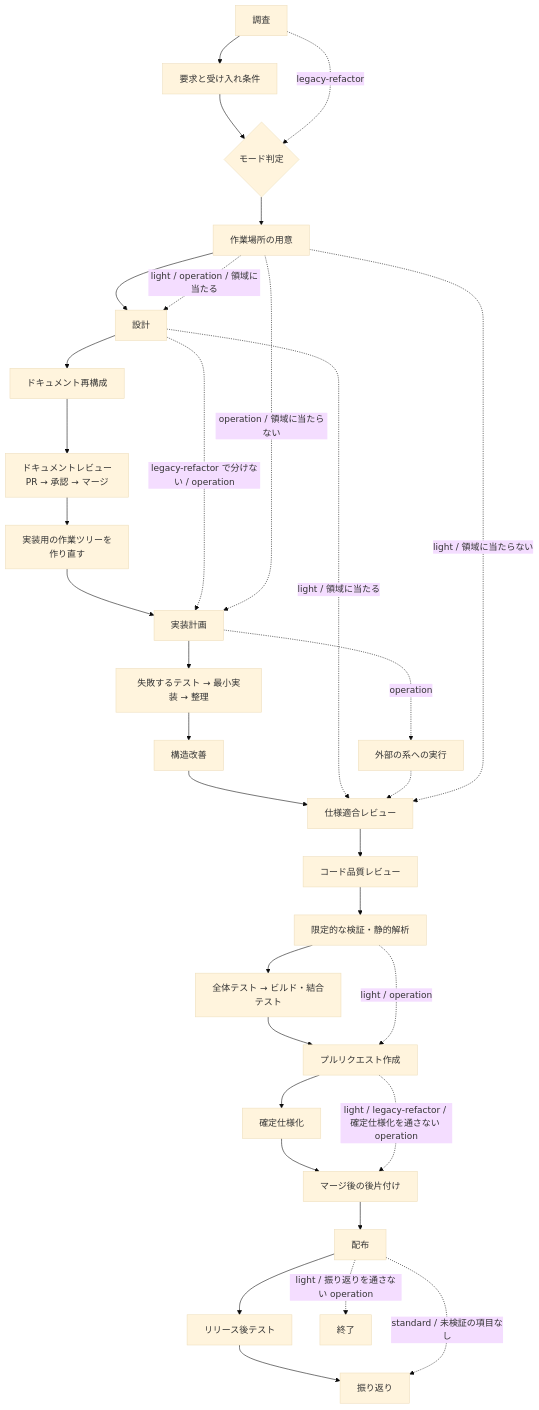
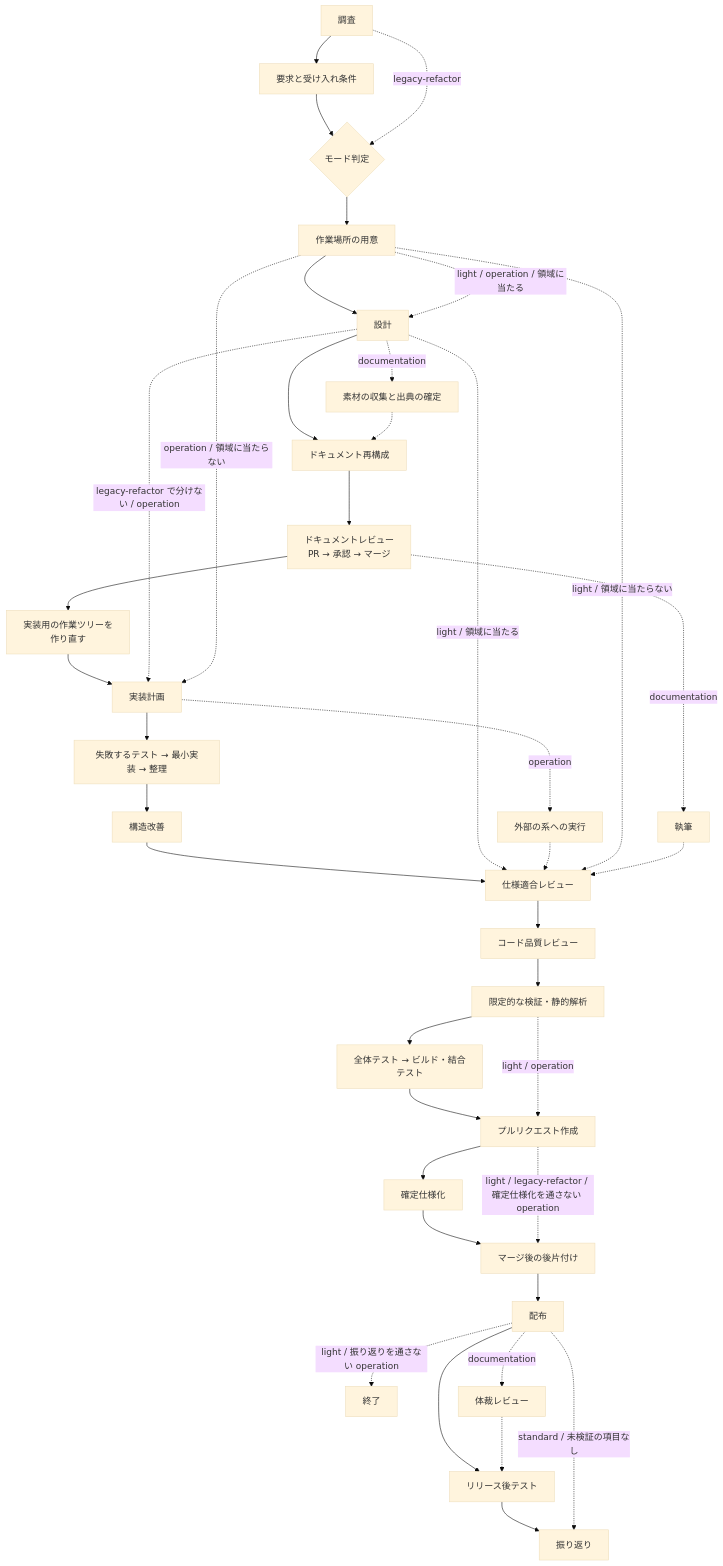
The second of 2 diagrams in plugins/ndf/skills/development-workflow/SKILL.md (devbasex/ai-plugins), drawn with Mermaid (base theme) before and after one commit. The commit also changed other lines of this file and 12 other files, not shown here.

````diff
--- a/plugins/ndf/skills/development-workflow/SKILL.md
+++ b/plugins/ndf/skills/development-workflow/SKILL.md
@@ -339,35 +352,41 @@
 ```mermaid
 flowchart TD
     A[調査] --> B[要求と受け入れ条件]
     B --> D{モード判定}
     D --> S[作業場所の用意]
     S --> C[設計]
     C --> DR[ドキュメント再構成]
     DR --> F[ドキュメントレビュー<br/>PR → 承認 → マージ]
     F --> W[実装用の作業ツリーを<br/>作り直す]
     W --> G[実装計画]
     G --> H[失敗するテスト → 最小実装 → 整理]
     H --> R[構造改善]
     R --> I[仕様適合レビュー]
     I --> J[コード品質レビュー]
     J --> K[限定的な検証・静的解析]
     K --> N[全体テスト → ビルド・結合テスト]
     N --> L[プルリクエスト作成]
     L --> M[確定仕様化]
     M --> P[マージ後の後片付け]
     P --> RL[配布]
     RL --> Q[リリース後テスト]
     Q --> T[振り返り]
     RL -.->|standard / 未検証の項目なし| T
     A -.->|legacy-refactor| D
     C -.->|"legacy-refactor で分けない / operation"| G
     C -.->|"light / 領域に当たる"| I
     S -.->|"operation / 領域に当たらない"| G
     S -.->|"light / operation / 領域に当たる"| C
     G -.->|operation| X[外部の系への実行]
     X -.-> I
     S -.->|"light / 領域に当たらない"| I
     K -.->|light / operation| L
     L -.->|light / legacy-refactor / 確定仕様化を通さない operation| P
     RL -.->|light / 振り返りを通さない operation| Z[終了]
+    C -.->|documentation| SR[素材の収集と出典の確定]
+    SR -.-> DR
+    F -.->|documentation| DW[執筆]
+    DW -.-> I
+    RL -.->|documentation| LR[体裁レビュー]
+    LR -.-> Q
 ```
````
